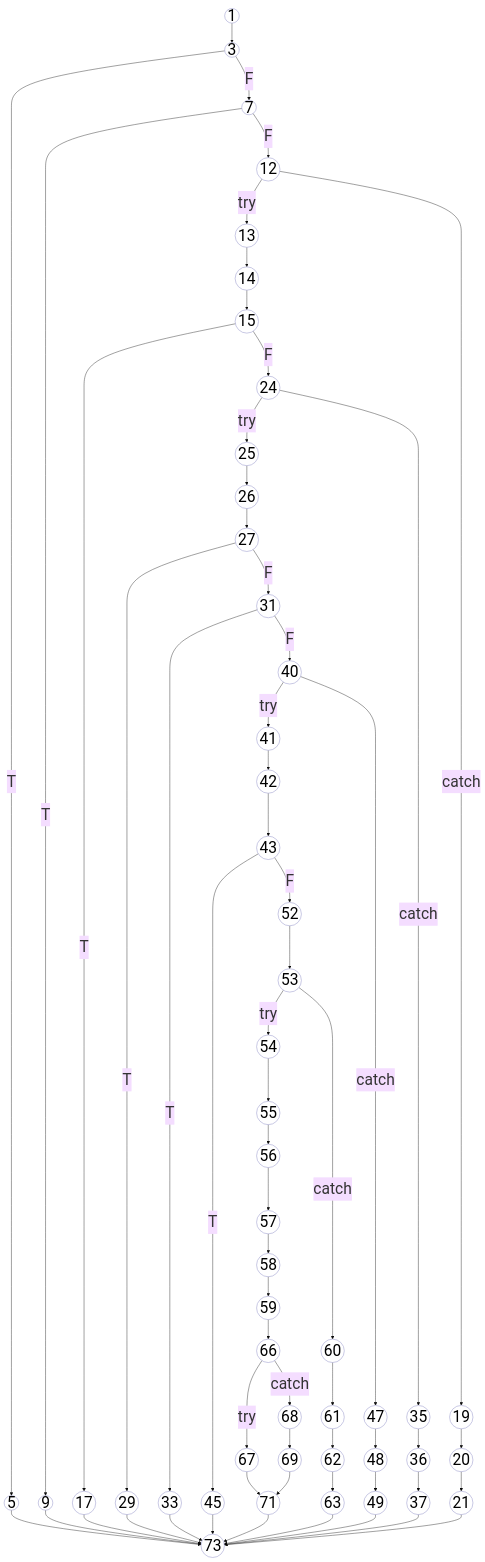
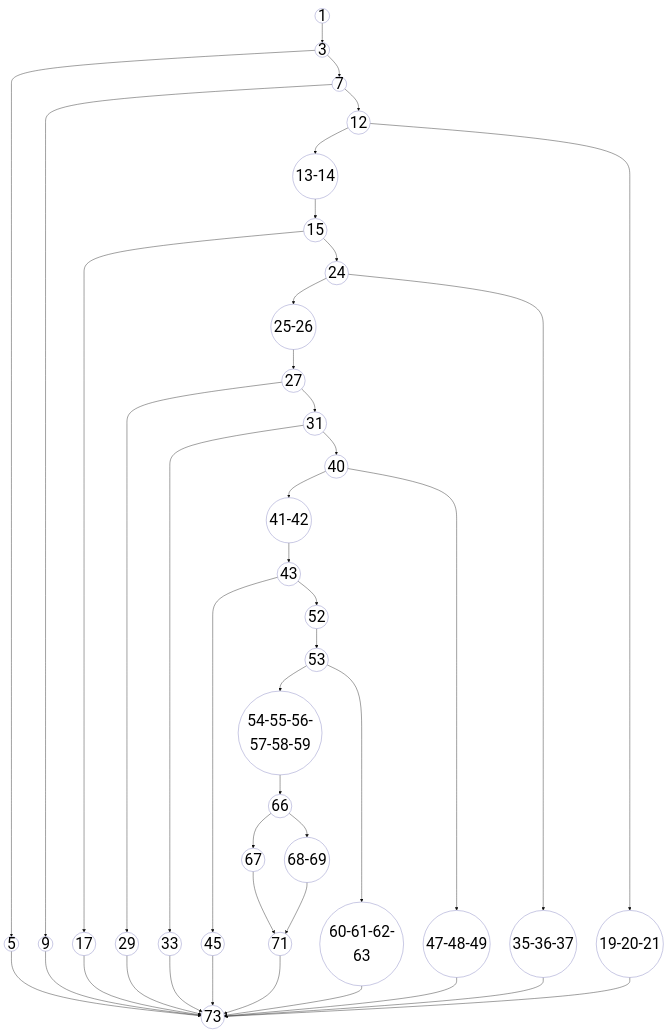
One commit to aryanhrc3428/Semester-5 changed the diagram in SE/ideathon/pseudocode/flowcharts/UC-10.mmd. Above: the diagram before and after it, drawn with Mermaid. The commit also changed 46 other files, not shown here.

```diff
--- a/SE/ideathon/pseudocode/flowcharts/UC-10.mmd
+++ b/SE/ideathon/pseudocode/flowcharts/UC-10.mmd
@@ -1,94 +1,71 @@
 ---
 config:
   theme: base
   themeVariables:
     fontSize: '40px'
 ---
 graph TD
     %% Base styling matching the reference CFG style
     classDef default fill:none,stroke:#a3a3d1,stroke-width:1.5px,color:#000;
     
     1((1)) --> 3((3))
     
-    3 -- T --> 5((5))
-    3 -- F --> 7((7))
+    3 --> 5((5))
+    3 --> 7((7))
     
-    7 -- T --> 9((9))
-    7 -- F --> 12((12))
+    7 --> 9((9))
+    7 --> 12((12))
     
-    12 -- try --> 13((13))
-    12 -- catch --> 19((19))
+    12 --> 13-14((13-14))
+    12 --> 19-20-21((19-20-21))
     
-    13 --> 14((14))
-    14 --> 15((15))
+    13-14 --> 15((15))
     
-    15 -- T --> 17((17))
-    15 -- F --> 24((24))
+    15 --> 17((17))
+    15 --> 24((24))
     
-    19 --> 20((20))
-    20 --> 21((21))
+    24 --> 25-26((25-26))
+    24 --> 35-36-37((35-36-37))
     
-    24 -- try --> 25((25))
-    24 -- catch --> 35((35))
+    25-26 --> 27((27))
     
-    25 --> 26((26))
-    26 --> 27((27))
+    27 --> 29((29))
+    27 --> 31((31))
     
-    27 -- T --> 29((29))
-    27 -- F --> 31((31))
+    31 --> 33((33))
+    31 --> 40((40))
     
-    31 -- T --> 33((33))
-    31 -- F --> 40((40))
+    40 --> 41-42((41-42))
+    40 --> 47-48-49((47-48-49))
     
-    35 --> 36((36))
-    36 --> 37((37))
+    41-42 --> 43((43))
     
-    40 -- try --> 41((41))
-    40 -- catch --> 47((47))
-    
-    41 --> 42((42))
-    42 --> 43((43))
-    
-    43 -- T --> 45((45))
-    43 -- F --> 52((52))
-    
-    47 --> 48((48))
-    48 --> 49((49))
+    43 --> 45((45))
+    43 --> 52((52))
     
     52 --> 53((53))
     
-    53 -- try --> 54((54))
-    53 -- catch --> 60((60))
+    53 --> 54-55-56-57-58-59((54-55-56-57-58-59))
+    53 --> 60-61-62-63((60-61-62-63))
     
-    54 --> 55((55))
-    55 --> 56((56))
-    56 --> 57((57))
-    57 --> 58((58))
-    58 --> 59((59))
+    54-55-56-57-58-59 --> 66((66))
     
-    59 --> 66((66))
-    
-    60 --> 61((61))
-    61 --> 62((62))
-    62 --> 63((63))
-    
-    66 -- try --> 67((67))
-    66 -- catch --> 68((68))
+    66 --> 67((67))
+    66 --> 68-69((68-69))
     
     67 --> 71((71))
     
-    68 --> 69((69))
-    69 --> 71
+    68-69 --> 71
     
     %% Terminal error returns and catches syncing to the final end node (73)
     5 --> 73((73))
     9 --> 73
     17 --> 73
-    21 --> 73
+    19-20-21 --> 73
     29 --> 73
     33 --> 73
-    37 --> 73
+    35-36-37 --> 73
     45 --> 73
-    49 --> 73
-    63 --> 73
+    47-48-49 --> 73
+    60-61-62-63 --> 73
     71 --> 73
```
